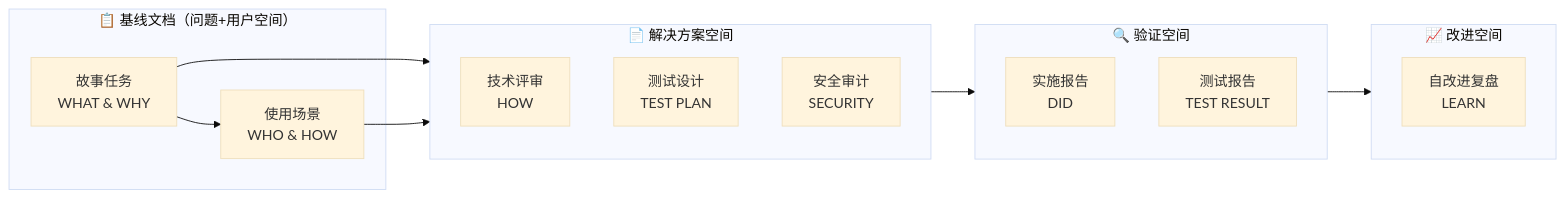
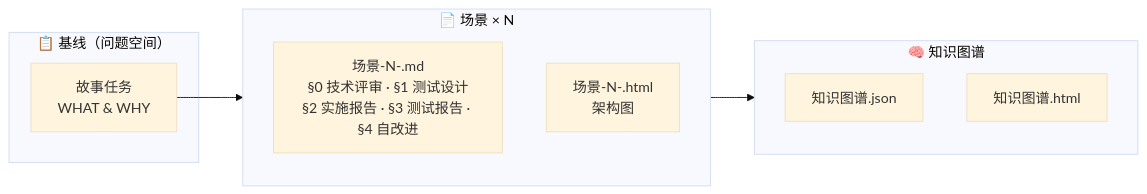
The fourth of 7 diagrams in skills/rui/formulas.md (effiy/YrY), drawn with Mermaid (base theme) before and after one commit. The commit also changed other lines of this file and 37 other files, not shown here.

````diff
--- a/skills/rui/formulas.md
+++ b/skills/rui/formulas.md
@@ -182,23 +153,15 @@
 ```mermaid
 flowchart LR
-    subgraph 基线["📋 基线文档（问题+用户空间）"]
+    subgraph 基线["📋 基线（问题空间）"]
         F01["故事任务<br/>WHAT & WHY"]:::baseline
-        F02["使用场景<br/>WHO & HOW"]:::baseline
     end
-    subgraph 方案["📄 解决方案空间"]
-        F03["技术评审<br/>HOW"]:::p1
-        F04["测试设计<br/>TEST PLAN"]:::p1
-        F05["安全审计<br/>SECURITY"]:::p1
+    subgraph 场景["📄 场景 × N"]
+        F02["场景-N-<slug>.md<br/>§0 技术评审 · §1 测试设计<br/>§2 实施报告 · §3 测试报告 · §4 自改进"]:::scene
+        F02H["场景-N-<slug>.html<br/>架构图"]:::arch
     end
-    subgraph 验证["🔍 验证空间"]
-        F06["实施报告<br/>DID"]:::p2
-        F07["测试报告<br/>TEST RESULT"]:::p2
+    subgraph 知识["🧠 知识图谱"]
+        KG1["知识图谱.json"]:::kg
+        KG2["知识图谱.html"]:::kg
     end
-    subgraph 改进["📈 改进空间"]
-        F08["自改进复盘<br/>LEARN"]:::p3
-    end
-    F01 --> F02
-    F01 & F02 --> 方案
-    方案 --> 验证 --> 改进
-
+    F01 --> 场景 --> 知识
 ```
````
